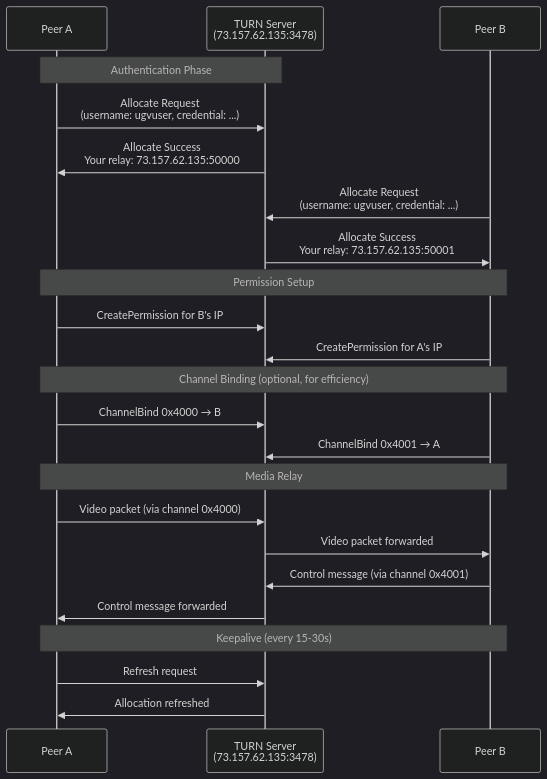
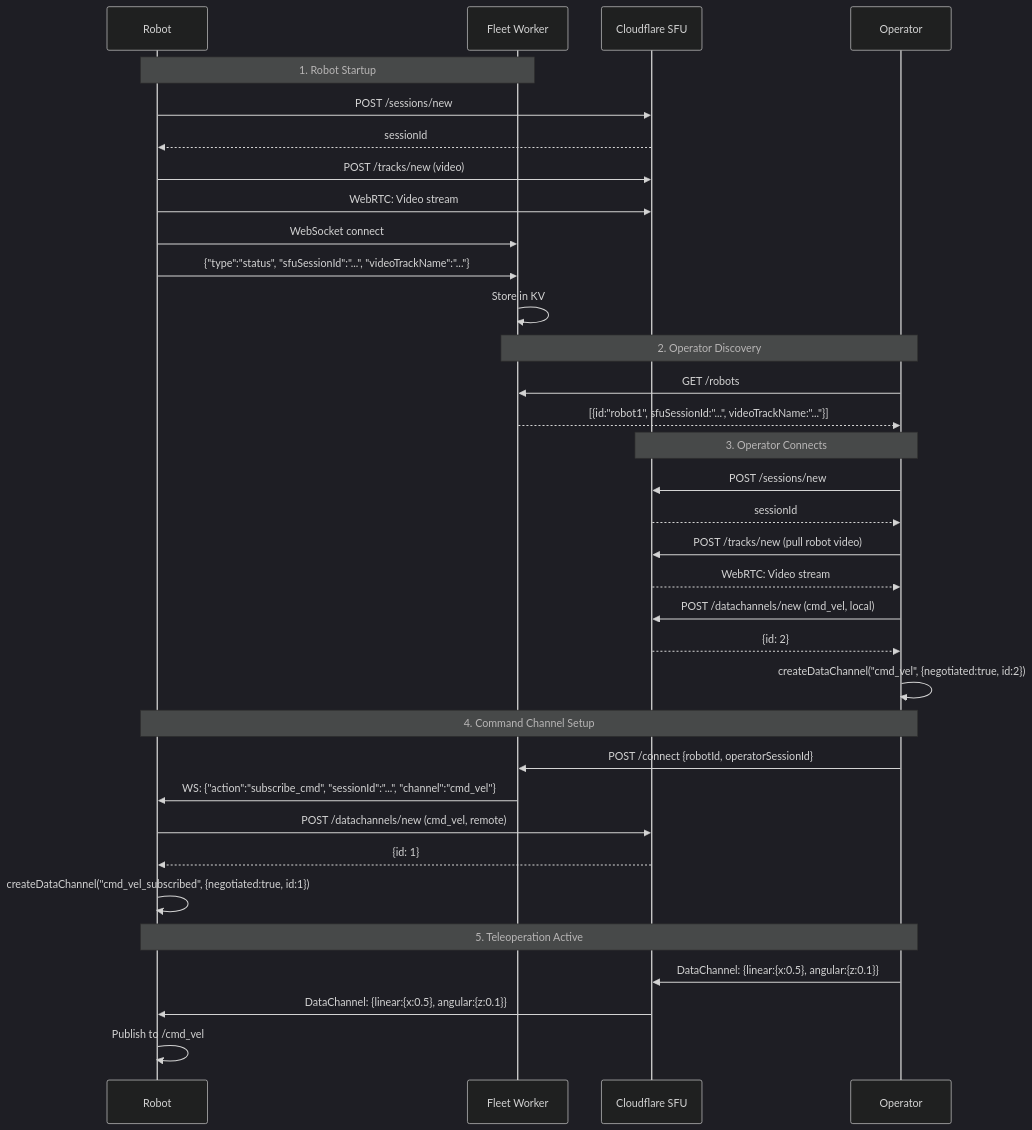
Before and after one commit to BigMuzzy/ugv_ws_pi: the second of 2 diagrams in src/ugv_main/webrtc_ros2_bridge/README.md, drawn with Mermaid (dark theme). The commit also changed other lines of this file and 7 other files, not shown here.

First line of the commit message:
Remove WebRTC and WebSocket frontend implementation

````diff
--- a/src/ugv_main/webrtc_ros2_bridge/README.md
+++ b/src/ugv_main/webrtc_ros2_bridge/README.md
@@ -204,32 +72,41 @@
 ```mermaid
 sequenceDiagram
-    participant A as Peer A
-    participant TURN as TURN Server<br/>(73.157.62.135:3478)
-    participant B as Peer B
-    
-    Note over A,TURN: Authentication Phase
-    A->>TURN: Allocate Request<br/>(username: ugvuser, credential: ...)
-    TURN->>A: Allocate Success<br/>Your relay: 73.157.62.135:50000
-    
-    B->>TURN: Allocate Request<br/>(username: ugvuser, credential: ...)
-    TURN->>B: Allocate Success<br/>Your relay: 73.157.62.135:50001
-    
-    Note over A,B: Permission Setup
-    A->>TURN: CreatePermission for B's IP
-    B->>TURN: CreatePermission for A's IP
-    
-    Note over A,B: Channel Binding (optional, for efficiency)
-    A->>TURN: ChannelBind 0x4000 → B
-    B->>TURN: ChannelBind 0x4001 → A
-    
-    Note over A,B: Media Relay
-    A->>TURN: Video packet (via channel 0x4000)
-    TURN->>B: Video packet forwarded
-    
-    B->>TURN: Control message (via channel 0x4001)
-    TURN->>A: Control message forwarded
-    
-    Note over A,B: Keepalive (every 15-30s)
-    A->>TURN: Refresh request
-    TURN->>A: Allocation refreshed
+    participant R as Robot
+    participant W as Fleet Worker
+    participant S as Cloudflare SFU
+    participant O as Operator
+
+    Note over R,W: 1. Robot Startup
+    R->>S: POST /sessions/new
+    S-->>R: sessionId
+    R->>S: POST /tracks/new (video)
+    R->>S: WebRTC: Video stream
+    R->>W: WebSocket connect
+    R->>W: {"type":"status", "sfuSessionId":"...", "videoTrackName":"..."}
+    W->>W: Store in KV
+
+    Note over O,W: 2. Operator Discovery
+    O->>W: GET /robots
+    W-->>O: [{id:"robot1", sfuSessionId:"...", videoTrackName:"..."}]
+
+    Note over O,S: 3. Operator Connects
+    O->>S: POST /sessions/new
+    S-->>O: sessionId
+    O->>S: POST /tracks/new (pull robot video)
+    S-->>O: WebRTC: Video stream
+    O->>S: POST /datachannels/new (cmd_vel, local)
+    S-->>O: {id: 2}
+    O->>O: createDataChannel("cmd_vel", {negotiated:true, id:2})
+
+    Note over O,R: 4. Command Channel Setup
+    O->>W: POST /connect {robotId, operatorSessionId}
+    W->>R: WS: {"action":"subscribe_cmd", "sessionId":"...", "channel":"cmd_vel"}
+    R->>S: POST /datachannels/new (cmd_vel, remote)
+    S-->>R: {id: 1}
+    R->>R: createDataChannel("cmd_vel_subscribed", {negotiated:true, id:1})
+
+    Note over O,R: 5. Teleoperation Active
+    O->>S: DataChannel: {linear:{x:0.5}, angular:{z:0.1}}
+    S->>R: DataChannel: {linear:{x:0.5}, angular:{z:0.1}}
+    R->>R: Publish to /cmd_vel
 ```
````
